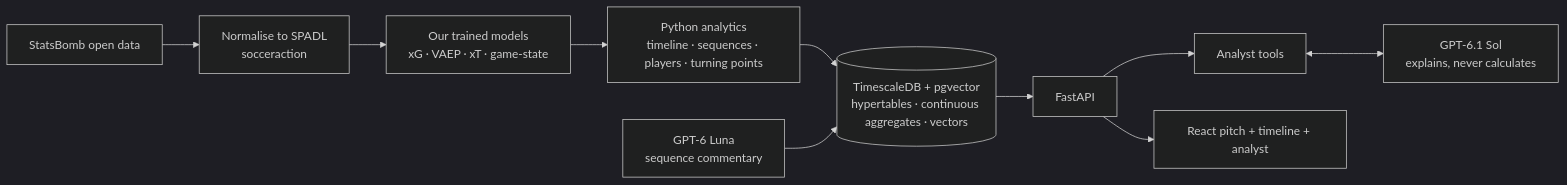
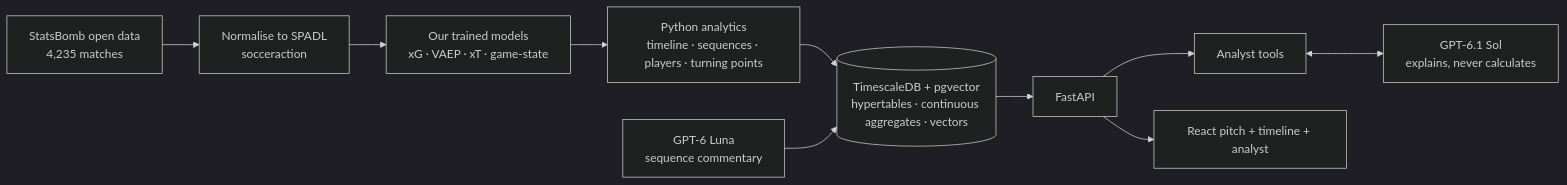
The diagram in README.md (kodahhhhh/matchmind), drawn with Mermaid (dark theme) before and after one commit. The commit also changed other lines of this file and 8 other files, not shown here.

First line of the commit message:
Add match catalogue for all 4,235 StatsBomb matches; drop WC 2026

````diff
--- a/README.md
+++ b/README.md
@@ -42,12 +43,12 @@
 ```mermaid
 flowchart LR
-  SB[StatsBomb open data] --> SPADL[Normalise to SPADL<br/>socceraction]
+  SB[StatsBomb open data<br/>4,235 matches] --> SPADL[Normalise to SPADL<br/>socceraction]
   SPADL --> Models[Our trained models<br/>xG · VAEP · xT · game-state]
   Models --> Metrics[Python analytics<br/>timeline · sequences · players · turning points]
   Metrics --> DB[(TimescaleDB + pgvector<br/>hypertables · continuous aggregates · vectors)]
   DB --> API[FastAPI]
   API --> Tools[Analyst tools]
   Tools <--> Sol[GPT-6.1 Sol<br/>explains, never calculates]
   Luna[GPT-6 Luna<br/>sequence commentary] --> DB
   API --> UI[React pitch + timeline + analyst]
 ```
````
